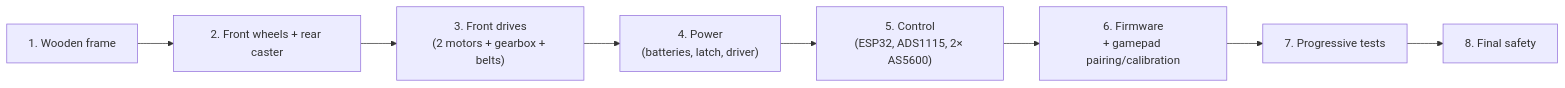
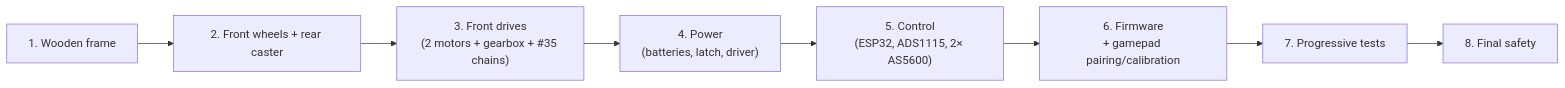
The tenth of 10 diagrams in README.md (pinkymaxou/powered-soapbox-car), drawn with Mermaid before and after one commit. The commit also changed other lines of this file and 12 other files, not shown here.

````diff
--- a/README.md
+++ b/README.md
@@ -709,7 +708,7 @@
 ```mermaid
 flowchart LR
-    P1["1. Wooden frame"] --> P2["2. Front wheels + rear caster"] --> P3["3. Front drives<br/>(2 motors + gearbox + belts)"]
+    P1["1. Wooden frame"] --> P2["2. Front wheels + rear caster"] --> P3["3. Front drives<br/>(2 motors + gearbox + #35 chains)"]
     P3 --> P5["4. Power<br/>(batteries, latch, driver)"]
     P5 --> P6["5. Control<br/>(ESP32, ADS1115, 2× AS5600)"] --> P7["6. Firmware<br/>+ gamepad pairing/calibration"]
     P7 --> P8["7. Progressive tests"] --> P9["8. Final safety"]
 ```
````
